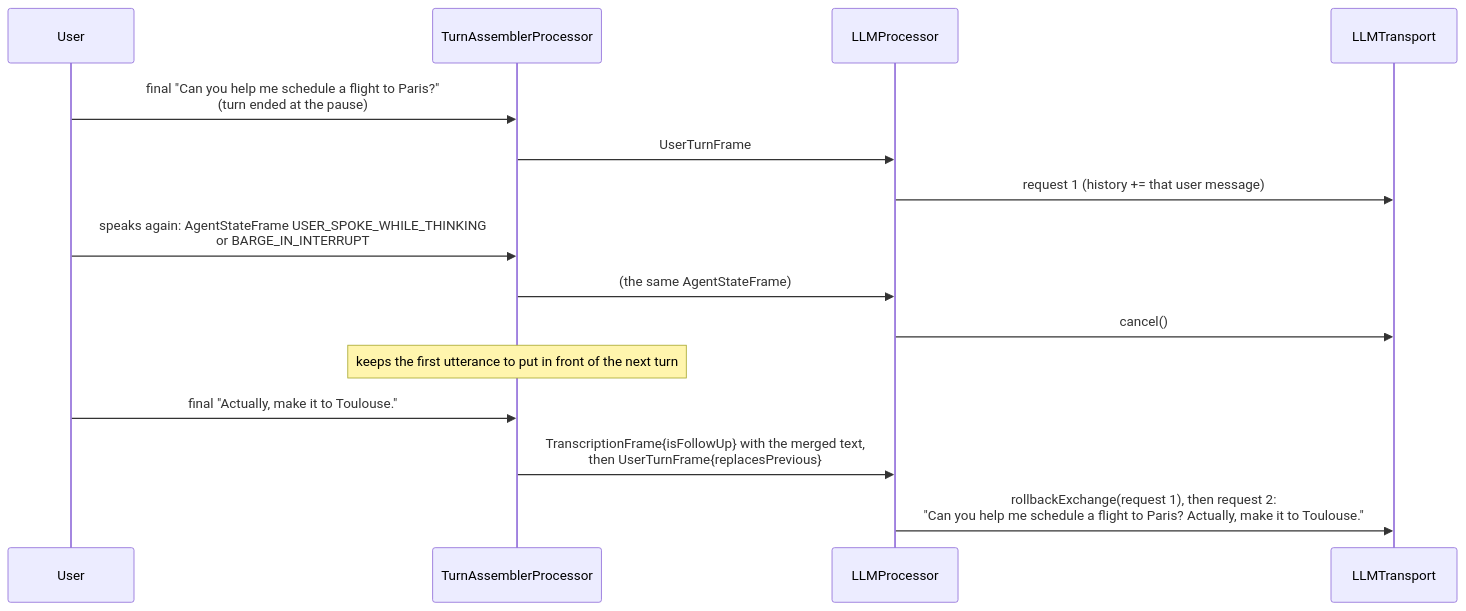
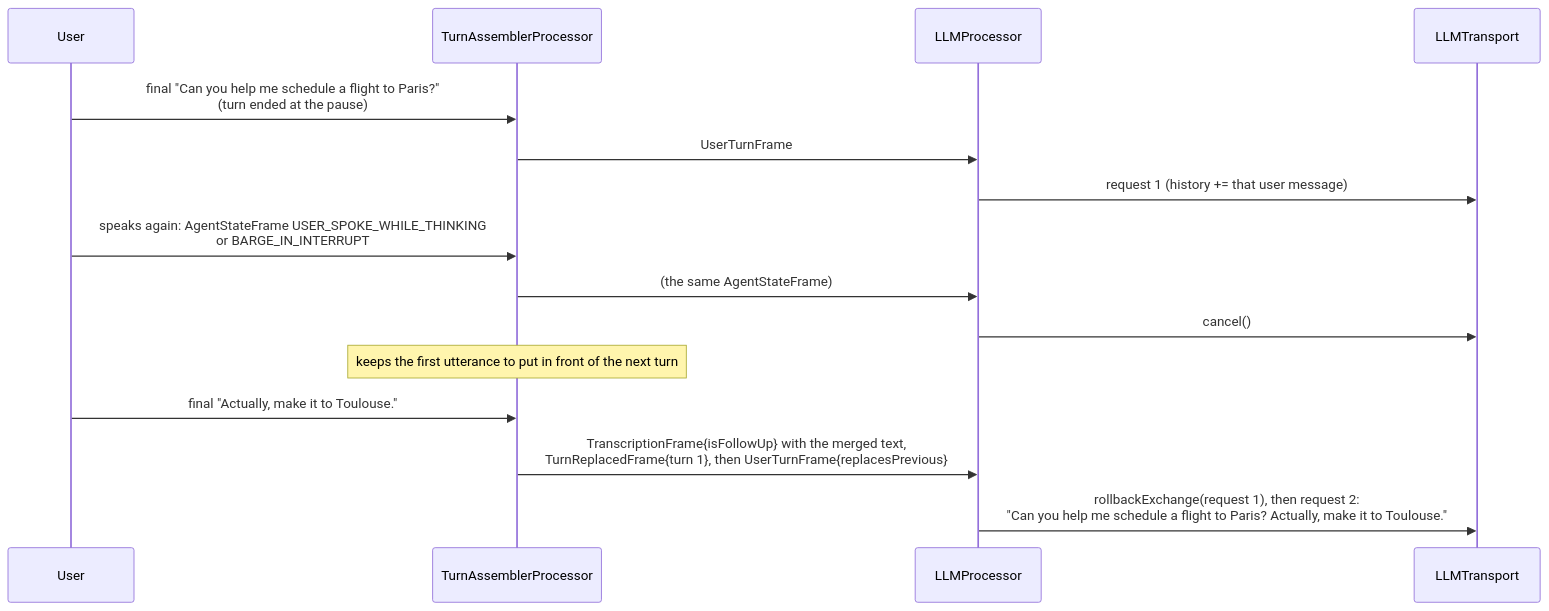
Before and after one commit to fatehmtd/VASDK: the second of 2 diagrams in docs/reference/llm.md, drawn with Mermaid. The commit also changed other lines of this file and 19 other files, not shown here.

````diff
--- a/docs/reference/llm.md
+++ b/docs/reference/llm.md
@@ -111,17 +111,17 @@
 ```mermaid
 sequenceDiagram
     participant U as User
     participant A as TurnAssemblerProcessor
     participant L as LLMProcessor
     participant T as LLMTransport
     U->>A: final "Can you help me schedule a flight to Paris?"<br/>(turn ended at the pause)
     A->>L: UserTurnFrame
     L->>T: request 1 (history += that user message)
     U->>A: speaks again: AgentStateFrame USER_SPOKE_WHILE_THINKING<br/>or BARGE_IN_INTERRUPT
     A->>L: (the same AgentStateFrame)
     L->>T: cancel()
     Note over A: keeps the first utterance to put in front of the next turn
     U->>A: final "Actually, make it to Toulouse."
-    A->>L: TranscriptionFrame{isFollowUp} with the merged text,<br/>then UserTurnFrame{replacesPrevious}
+    A->>L: TranscriptionFrame{isFollowUp} with the merged text,<br/>TurnReplacedFrame{turn 1}, then UserTurnFrame{replacesPrevious}
     L->>T: rollbackExchange(request 1), then request 2:<br/>"Can you help me schedule a flight to Paris? Actually, make it to Toulouse."
 ```
````
